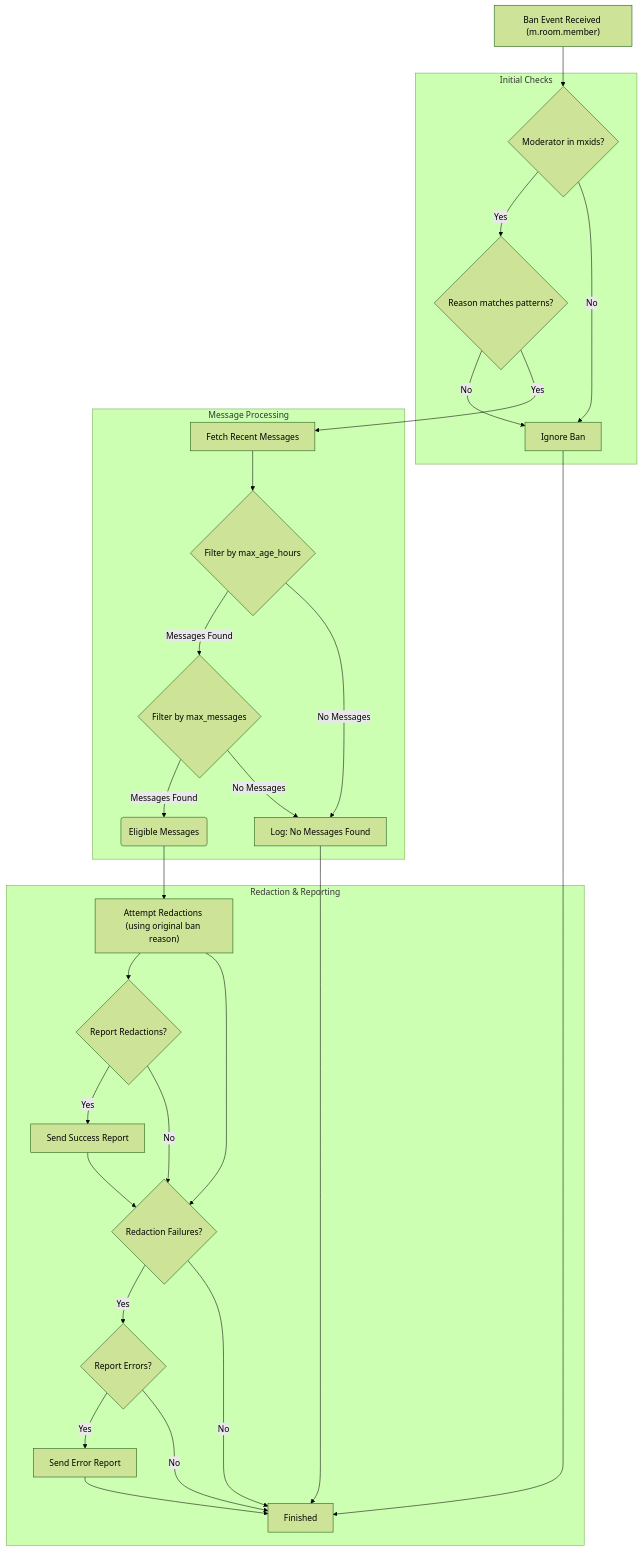
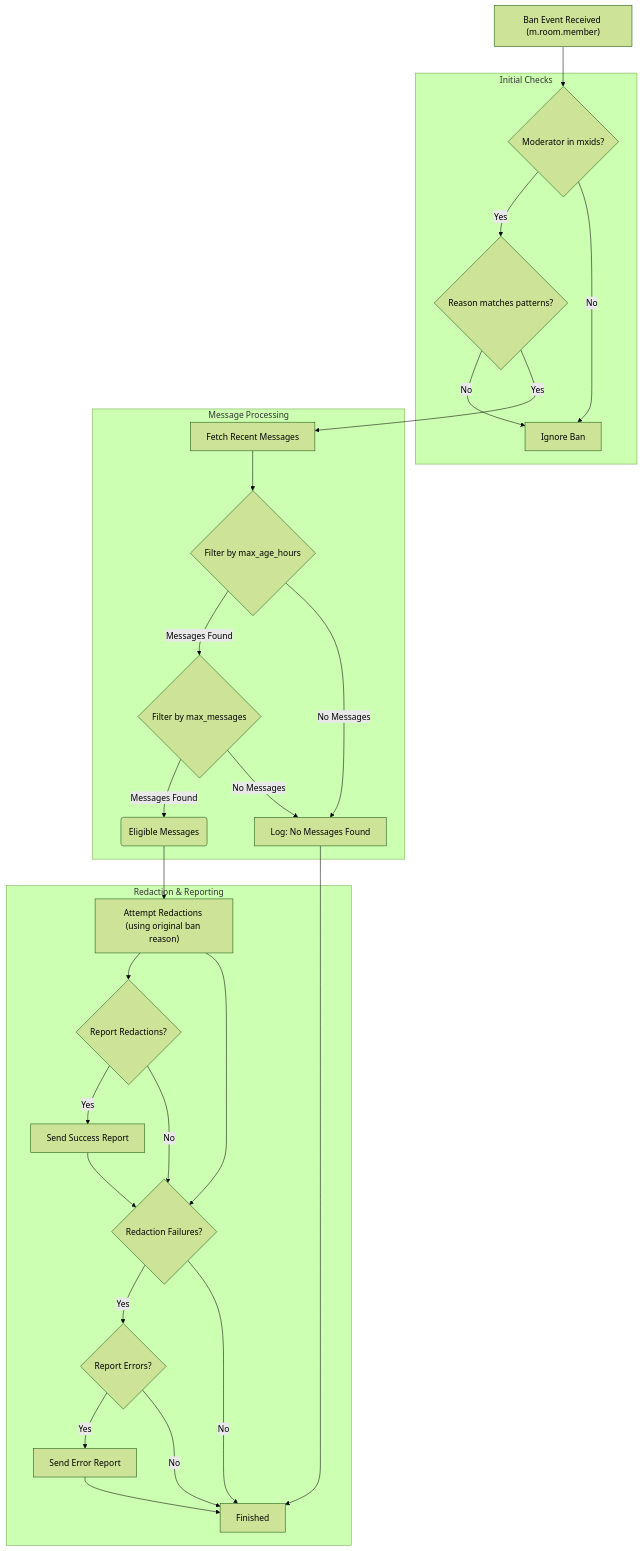
The diagram in README.md (tcpipuk/maubot-redactor), drawn with Mermaid (forest theme) before and after one commit.

Commit message:
Test again

````diff
--- a/README.md
+++ b/README.md
@@ -97,40 +97,39 @@
 ```mermaid
 graph TD
     A["Ban Event Received (m.room.member)"] --> CheckModerator{Moderator in mxids?};
 
     subgraph Initial Checks
         CheckModerator -- Yes --> CheckReason{Reason matches patterns?};
         CheckModerator -- No --> Z[Ignore Ban];
         CheckReason -- No --> Z;
     end
 
     CheckReason -- Yes --> FetchMessages["Fetch Recent Messages"];
 
     subgraph Message Processing
         FetchMessages --> FilterAge{Filter by max_age_hours};
         FilterAge -- Messages Found --> FilterCount{Filter by max_messages};
         FilterAge -- No Messages --> Y[Log: No Messages Found];
         FilterCount -- Messages Found --> ProcessedMessages(Eligible Messages);
         FilterCount -- No Messages --> Y;
     end
 
     ProcessedMessages --> AttemptRedactions["Attempt Redactions (using original ban reason)"];
 
     subgraph Redaction & Reporting
         AttemptRedactions --> ReportRedactions{Report Redactions?};
         ReportRedactions -- Yes --> SendSuccess[Send Success Report];
         ReportRedactions -- No --> CheckFailures;
         SendSuccess --> CheckFailures;
 
         AttemptRedactions --> CheckFailures{Redaction Failures?};
         CheckFailures -- Yes --> ReportErrors{Report Errors?};
         CheckFailures -- No --> J[Finished];
 
         ReportErrors -- Yes --> SendError[Send Error Report];
         ReportErrors -- No --> J;
         SendError --> J;
     end
 
     Y --> J;
-    Z --> J;
 ```
````
